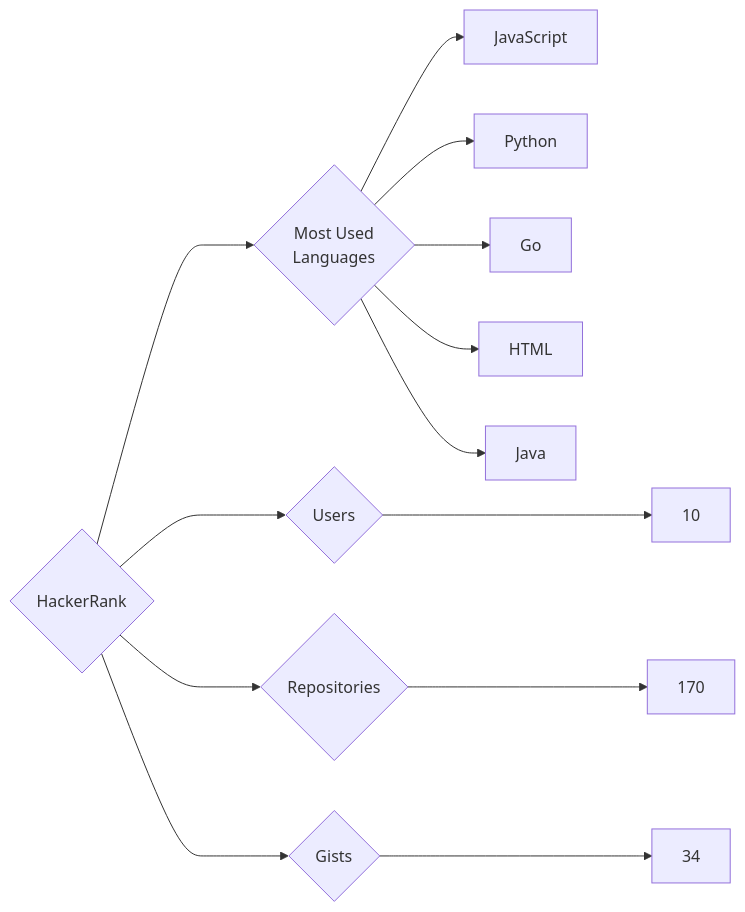
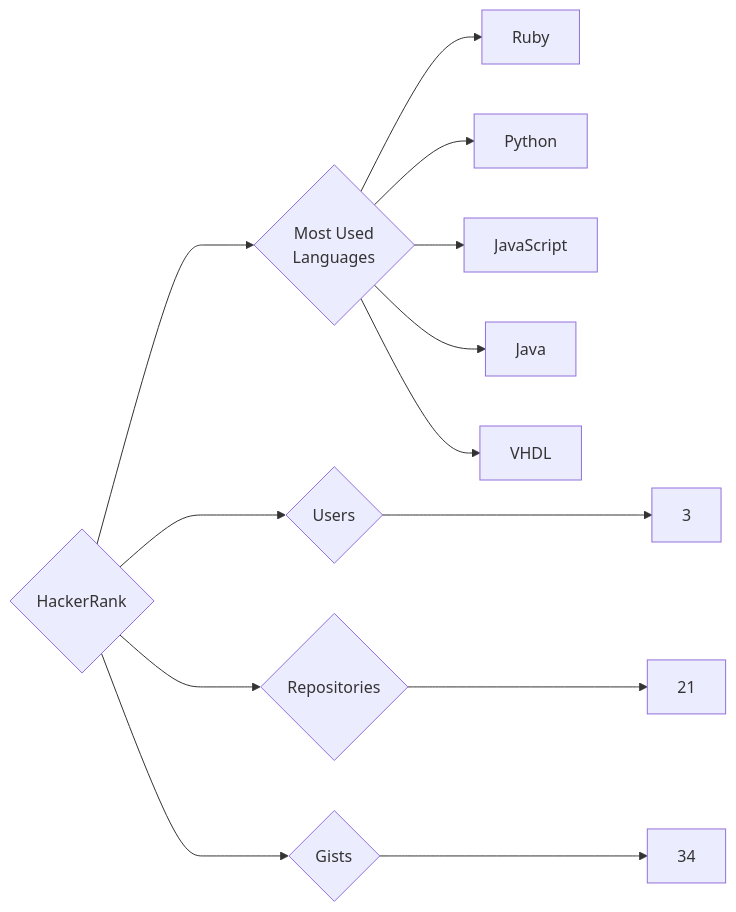
One commit to trickest/insiders changed the diagram in targets/HackerRank/README.md. Above: the diagram before and after it, drawn with Mermaid. The commit also changed 865 other files, not shown here.

````diff
--- a/targets/HackerRank/README.md
+++ b/targets/HackerRank/README.md
@@ -3,13 +3,13 @@
 ```mermaid
 graph LR
 COMPANY_NAME{HackerRank}
-COMPANY_NAME ---> U{Users} ---> UN[10]
-COMPANY_NAME ---> R{Repositories} ---> RN[170]
+COMPANY_NAME ---> U{Users} ---> UN[3]
+COMPANY_NAME ---> R{Repositories} ---> RN[21]
 COMPANY_NAME ---> G{Gists} ---> GN[34]
 COMPANY_NAME ---> ML{Most Used<br>Languages}
+ML --> Ruby[Ruby]
+ML --> Python[Python]
 ML --> JavaScript[JavaScript]
-ML --> Python[Python]
-ML --> Go[Go]
-ML --> HTML[HTML]
 ML --> Java[Java]
+ML --> VHDL[VHDL]
 ```
````
